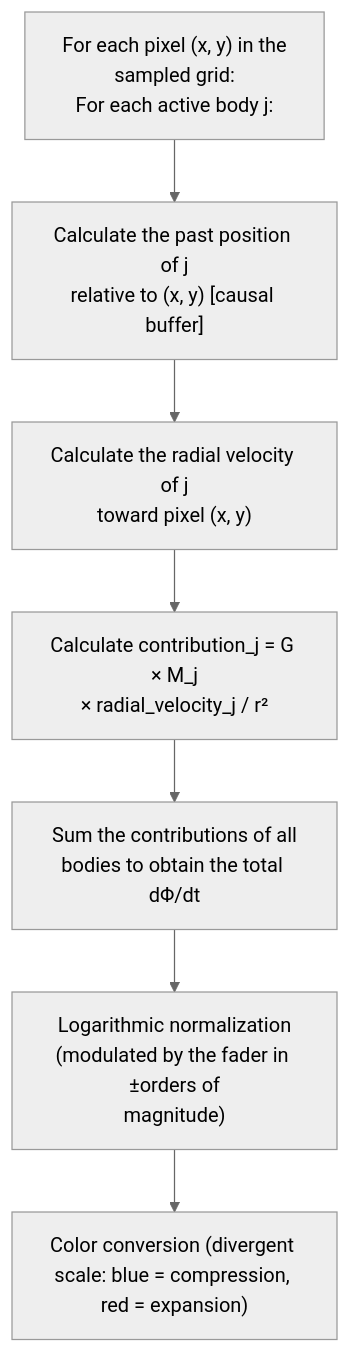
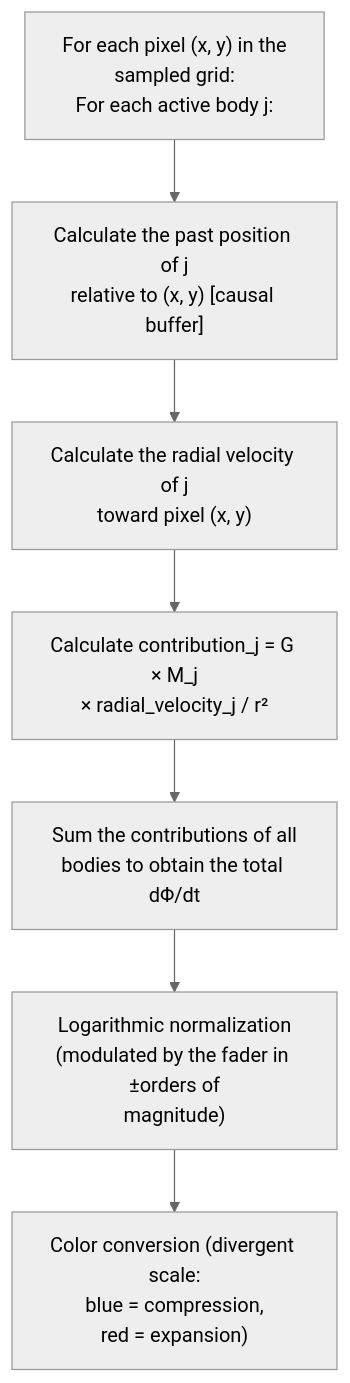
Before and after one commit to alessandro-pioli/AstroCausal_Engine: the sixth of 11 diagrams in ARCHITECTURE_DEEP_DIVE.md, drawn with Mermaid (neutral theme). The commit also changed other lines of this file and 5 other files, not shown here.

````diff
--- a/ARCHITECTURE_DEEP_DIVE.md
+++ b/ARCHITECTURE_DEEP_DIVE.md
@@ -487,9 +489,9 @@
 ```mermaid
 flowchart TD
     A["For each pixel (x, y) in the<br/>sampled grid:<br/>For each active body j:"] --> B["Calculate the past position of j<br/>relative to (x, y) [causal buffer]"]
     B --> C["Calculate the radial velocity of j<br/>toward pixel (x, y)"]
     C --> D["Calculate contribution_j = G × M_j<br/>× radial_velocity_j / r²"]
     D --> E["Sum the contributions of all<br/>bodies to obtain the total dΦ/dt"]
     E --> F["Logarithmic normalization<br/>(modulated by the fader in ±orders of<br/>magnitude)"]
-    F --> G["Color conversion (divergent scale: blue = compression, red = expansion)"]
+    F --> G["Color conversion (divergent scale:<br/>blue = compression,<br/>red = expansion)"]
 ```
````
